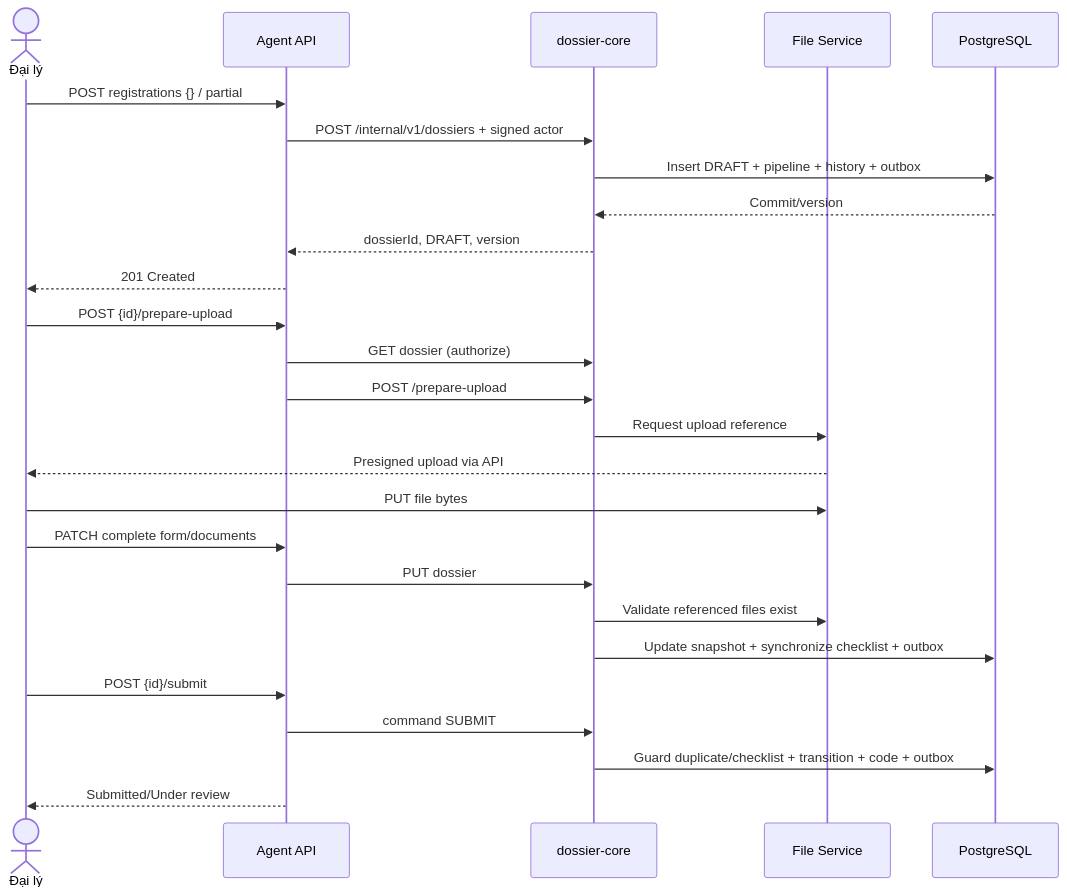
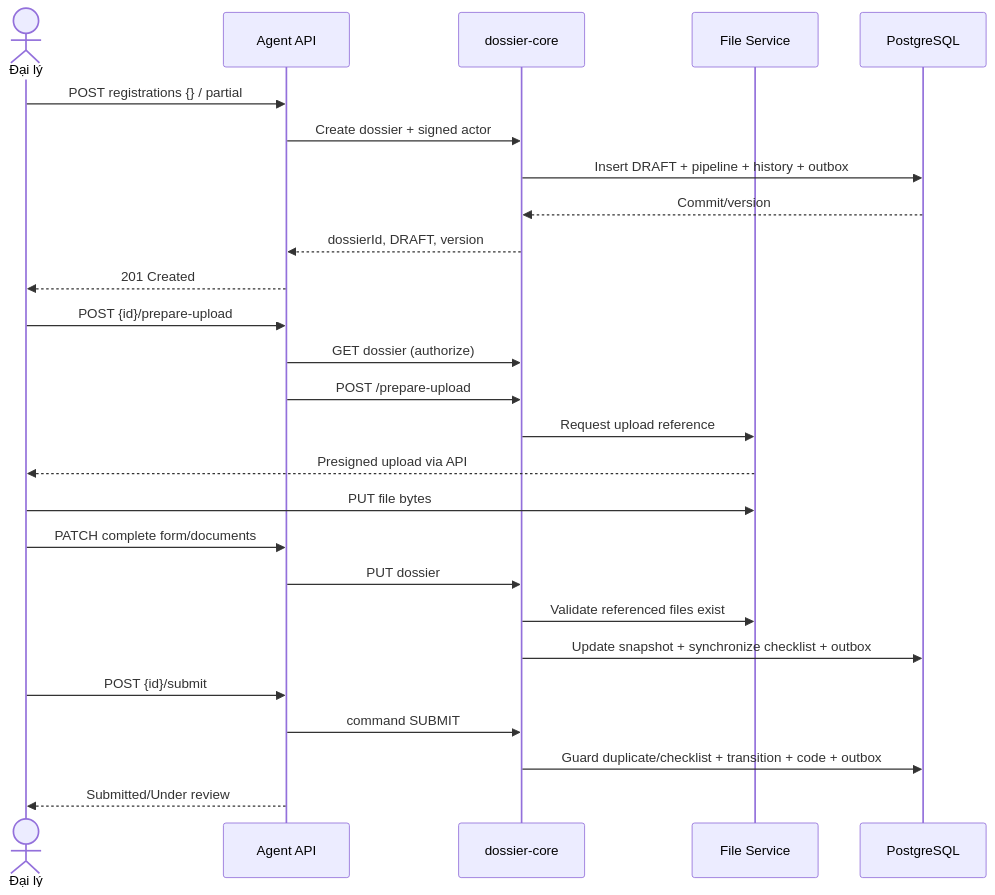
Before and after one commit to huynv-xyz/vhm: the fifth of 7 diagrams in tdd-dossier.md, drawn with Mermaid. The commit also changed other lines of this file, not shown here.

````diff
--- a/tdd-dossier.md
+++ b/tdd-dossier.md
@@ -537,29 +546,29 @@
 ```mermaid
 sequenceDiagram
     actor U as Đại lý
     participant A as Agent API
     participant C as dossier-core
     participant F as File Service
     participant D as PostgreSQL
 
     U->>A: POST registrations {} / partial
-    A->>C: POST /internal/v1/dossiers + signed actor
+    A->>C: Create dossier + signed actor
     C->>D: Insert DRAFT + pipeline + history + outbox
     D-->>C: Commit/version
     C-->>A: dossierId, DRAFT, version
     A-->>U: 201 Created
     U->>A: POST {id}/prepare-upload
     A->>C: GET dossier (authorize)
     A->>C: POST /prepare-upload
     C->>F: Request upload reference
     F-->>U: Presigned upload via API
     U->>F: PUT file bytes
     U->>A: PATCH complete form/documents
     A->>C: PUT dossier
     C->>F: Validate referenced files exist
     C->>D: Update snapshot + synchronize checklist + outbox
     U->>A: POST {id}/submit
     A->>C: command SUBMIT
     C->>D: Guard duplicate/checklist + transition + code + outbox
     A-->>U: Submitted/Under review
 ```
````
